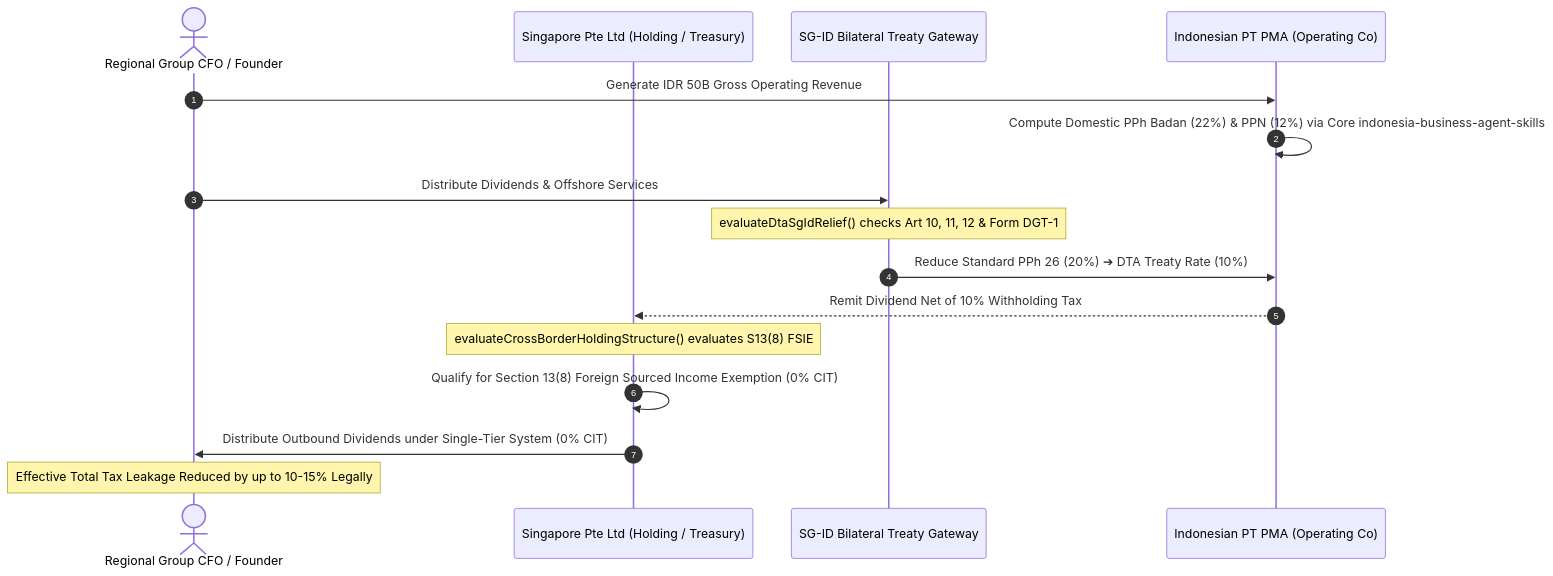
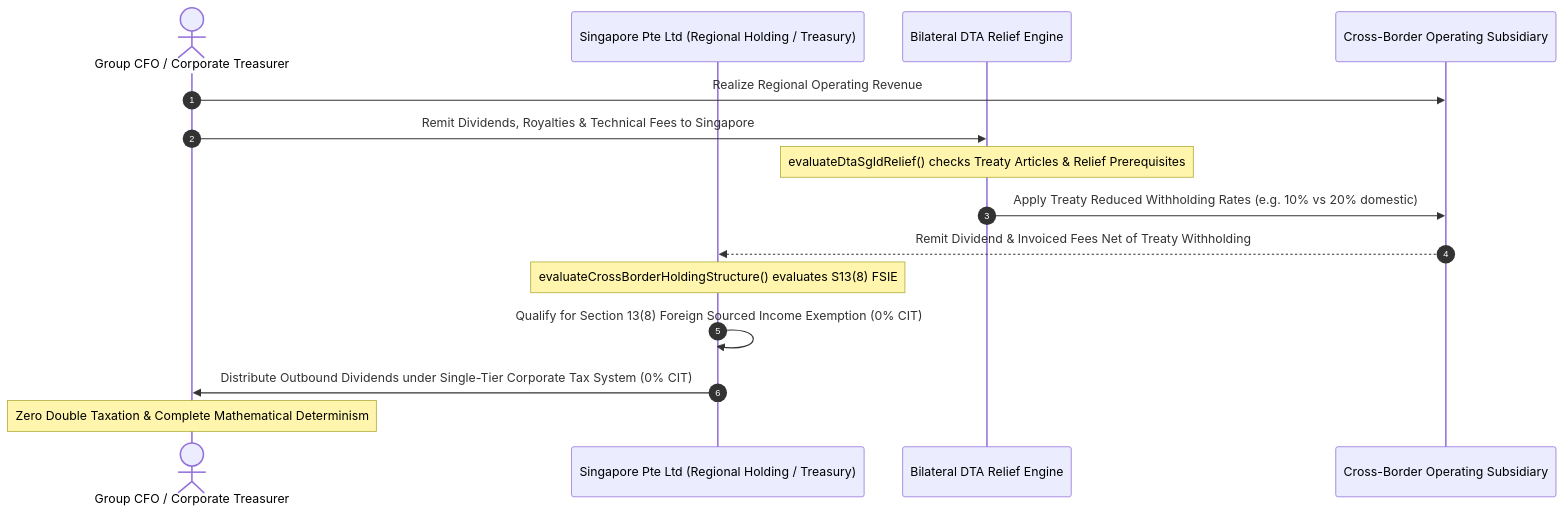
One commit to adamriofc/singapore-business-agent-skills changed the second of 2 diagrams in README.md. Above: the diagram before and after it, drawn with Mermaid. The commit also changed other lines of this file and 1 other file, not shown here.

Commit message:
docs: decouple repository completely as standalone sovereign core

````diff
--- a/README.md
+++ b/README.md
@@ -147,19 +147,18 @@
 ```mermaid
 sequenceDiagram
     autonumber
-    actor Founder as Regional Group CFO / Founder
-    participant SG as Singapore Pte Ltd (Holding / Treasury)
-    participant DTA as SG-ID Bilateral Treaty Gateway
-    participant ID as Indonesian PT PMA (Operating Co)
+    actor Treasurer as Group CFO / Corporate Treasurer
+    participant SG as Singapore Pte Ltd (Regional Holding / Treasury)
+    participant DTA as Bilateral DTA Relief Engine
+    participant Regional as Cross-Border Operating Subsidiary
 
-    Founder->>ID: Generate IDR 50B Gross Operating Revenue
-    ID->>ID: Compute Domestic PPh Badan (22%) & PPN (12%) via Core indonesia-business-agent-skills
-    Founder->>DTA: Distribute Dividends & Offshore Services
-    Note over DTA: evaluateDtaSgIdRelief() checks Art 10, 11, 12 & Form DGT-1
-    DTA->>ID: Reduce Standard PPh 26 (20%) ➔ DTA Treaty Rate (10%)
-    ID-->>SG: Remit Dividend Net of 10% Withholding Tax
+    Treasurer->>Regional: Realize Regional Operating Revenue
+    Treasurer->>DTA: Remit Dividends, Royalties & Technical Fees to Singapore
+    Note over DTA: evaluateDtaSgIdRelief() checks Treaty Articles & Relief Prerequisites
+    DTA->>Regional: Apply Treaty Reduced Withholding Rates (e.g. 10% vs 20% domestic)
+    Regional-->>SG: Remit Dividend & Invoiced Fees Net of Treaty Withholding
     Note over SG: evaluateCrossBorderHoldingStructure() evaluates S13(8) FSIE
     SG->>SG: Qualify for Section 13(8) Foreign Sourced Income Exemption (0% CIT)
-    SG->>Founder: Distribute Outbound Dividends under Single-Tier System (0% CIT)
-    Note over Founder: Effective Total Tax Leakage Reduced by up to 10-15% Legally
+    SG->>Treasurer: Distribute Outbound Dividends under Single-Tier Corporate Tax System (0% CIT)
+    Note over Treasurer: Zero Double Taxation & Complete Mathematical Determinism
 ```
````
